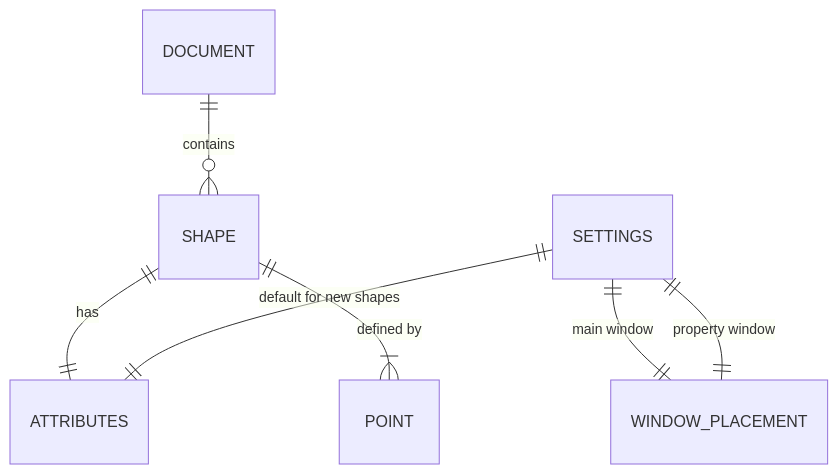
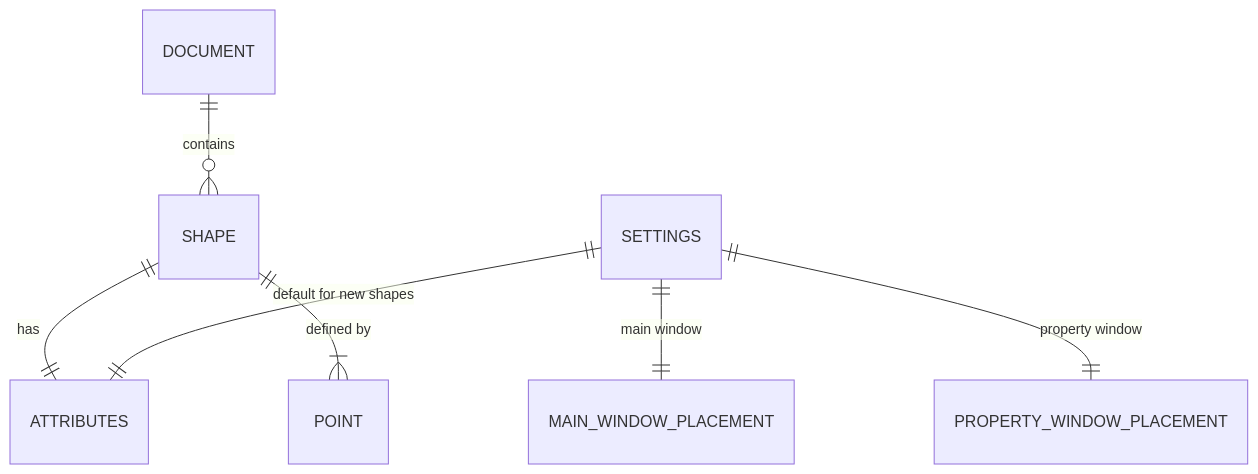
Before and after one commit to Fujiwo/Shos.WpfCadSample: the diagram in Documents/20261105-cad-specification.md, drawn with Mermaid. The commit also changed other lines of this file and 9 other files, not shown here.

````diff
--- a/Documents/20261105-cad-specification.md
+++ b/Documents/20261105-cad-specification.md
@@ -280,9 +293,9 @@
 ```mermaid
 erDiagram
     DOCUMENT ||--o{ SHAPE : contains
     SHAPE ||--|| ATTRIBUTES : has
     SHAPE ||--|{ POINT : "defined by"
     SETTINGS ||--|| ATTRIBUTES : "default for new shapes"
-    SETTINGS ||--|| WINDOW_PLACEMENT : "main window"
-    SETTINGS ||--|| WINDOW_PLACEMENT : "property window"
+    SETTINGS ||--|| MAIN_WINDOW_PLACEMENT : "main window"
+    SETTINGS ||--|| PROPERTY_WINDOW_PLACEMENT : "property window"
 ```
````
